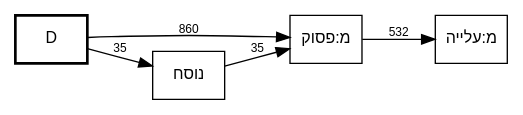
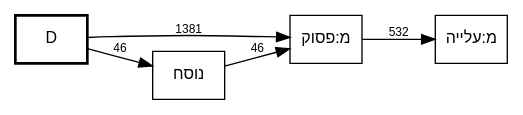
Before and after one commit to bdenckla/MAM-basics: the diagram in out/MAM-tmpl-survey/plus-pasuk-call-graph.dot, drawn with Graphviz. The commit also changed 11 other files, not shown here.

First line of the commit message:
Scope focused call-graph edge counts to target-involving stacks

```diff
--- a/out/MAM-tmpl-survey/plus-pasuk-call-graph.dot
+++ b/out/MAM-tmpl-survey/plus-pasuk-call-graph.dot
@@ -1,21 +1,21 @@
 // This file was generated by MAM-basics/py/main_tmpl_survey.py.
 // Do not edit by hand.
 digraph template_call_graph {
     rankdir=LR;
     node [fontname="SBL Hebrew,Helvetica", fontsize=12];
     edge [fontname="Helvetica", fontsize=9];
     graph [comment="This file was generated by MAM-basics/py/main_tmpl_survey.py."];
 
     // Column nodes
     node [shape=box, style=bold];
     "D";
 
     // Template nodes
     node [shape=box, style=""];
 
     // Edges
-    "D" -> "מ:פסוק" [label="860"];
-    "D" -> "נוסח" [label="35"];
+    "D" -> "מ:פסוק" [label="1381"];
+    "D" -> "נוסח" [label="46"];
     "מ:פסוק" -> "מ:עלייה" [label="532"];
-    "נוסח" -> "מ:פסוק" [label="35"];
+    "נוסח" -> "מ:פסוק" [label="46"];
 }
```
